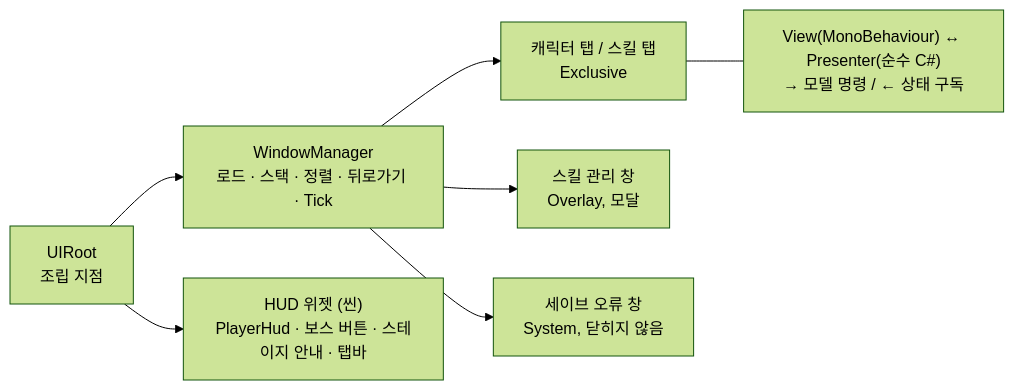
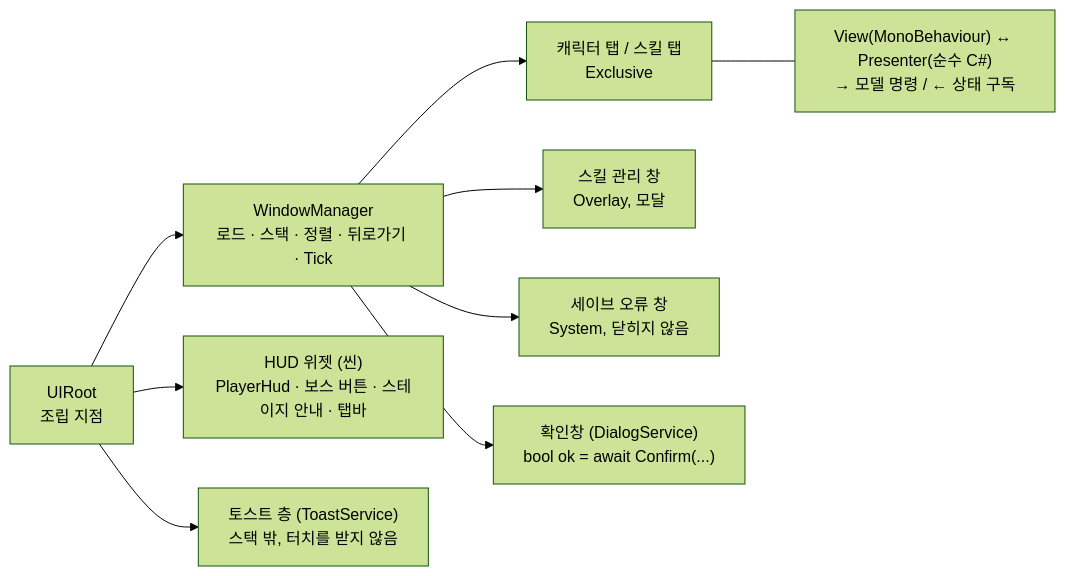
Before and after one commit to answk427/IdleGameProtoType: the fifth of 6 diagrams in README.md, drawn with Mermaid (forest theme). The commit also changed other lines of this file and 122 other files, not shown here.

First line of the commit message:
feat: UI 2차(서비스) — 토스트·확인창·종료 확인, UIButton, 해금·레드닷, UI 상태 표시

````diff
--- a/README.md
+++ b/README.md
@@ -194,9 +194,11 @@
 ```mermaid
 flowchart LR
     UR["UIRoot<br/>조립 지점"] --> WM["WindowManager<br/>로드 · 스택 · 정렬 · 뒤로가기 · Tick"]
     UR --> HUD["HUD 위젯 (씬)<br/>PlayerHud · 보스 버튼 · 스테이지 안내 · 탭바"]
     WM --> W1["캐릭터 탭 / 스킬 탭<br/>Exclusive"]
     WM --> W2["스킬 관리 창<br/>Overlay, 모달"]
     WM --> W3["세이브 오류 창<br/>System, 닫히지 않음"]
+    WM --> W4["확인창 (DialogService)<br/>bool ok = await Confirm(...)"]
+    UR --> T["토스트 층 (ToastService)<br/>스택 밖, 터치를 받지 않음"]
     W1 --- P["View(MonoBehaviour) ↔ Presenter(순수 C#)<br/>→ 모델 명령 / ← 상태 구독"]
 ```
````
